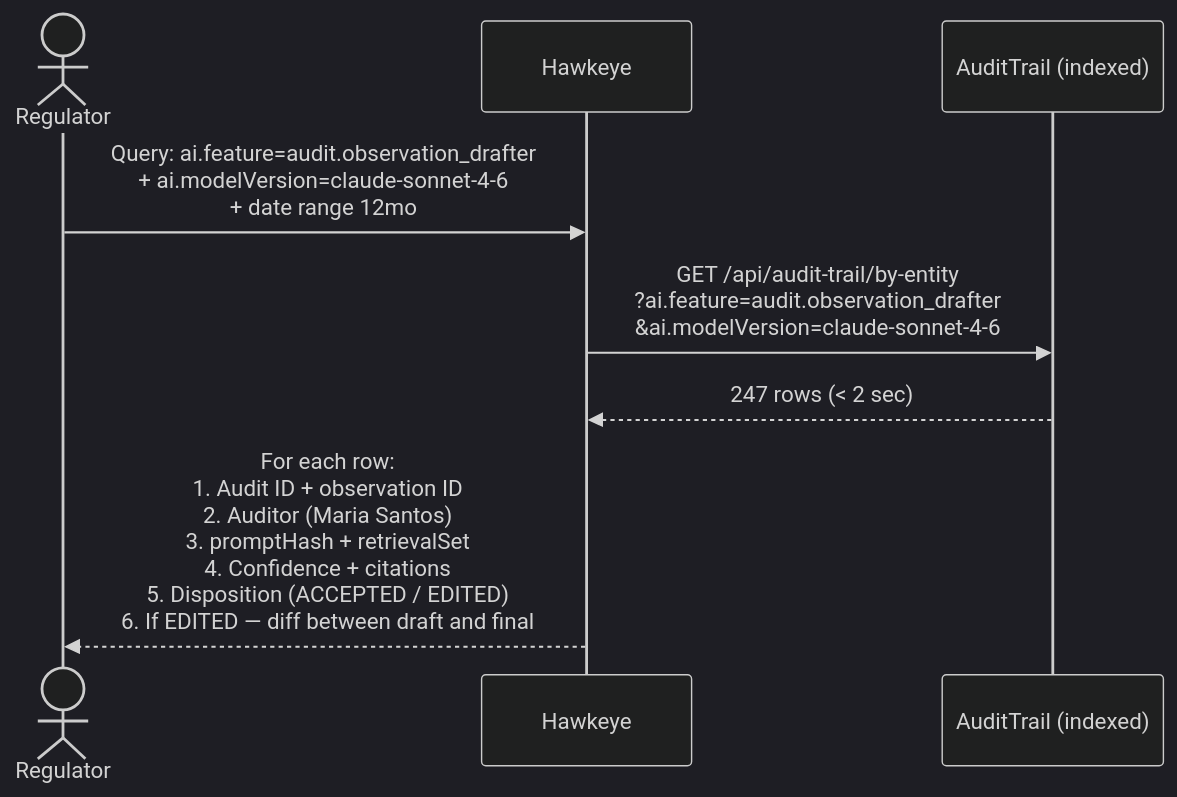
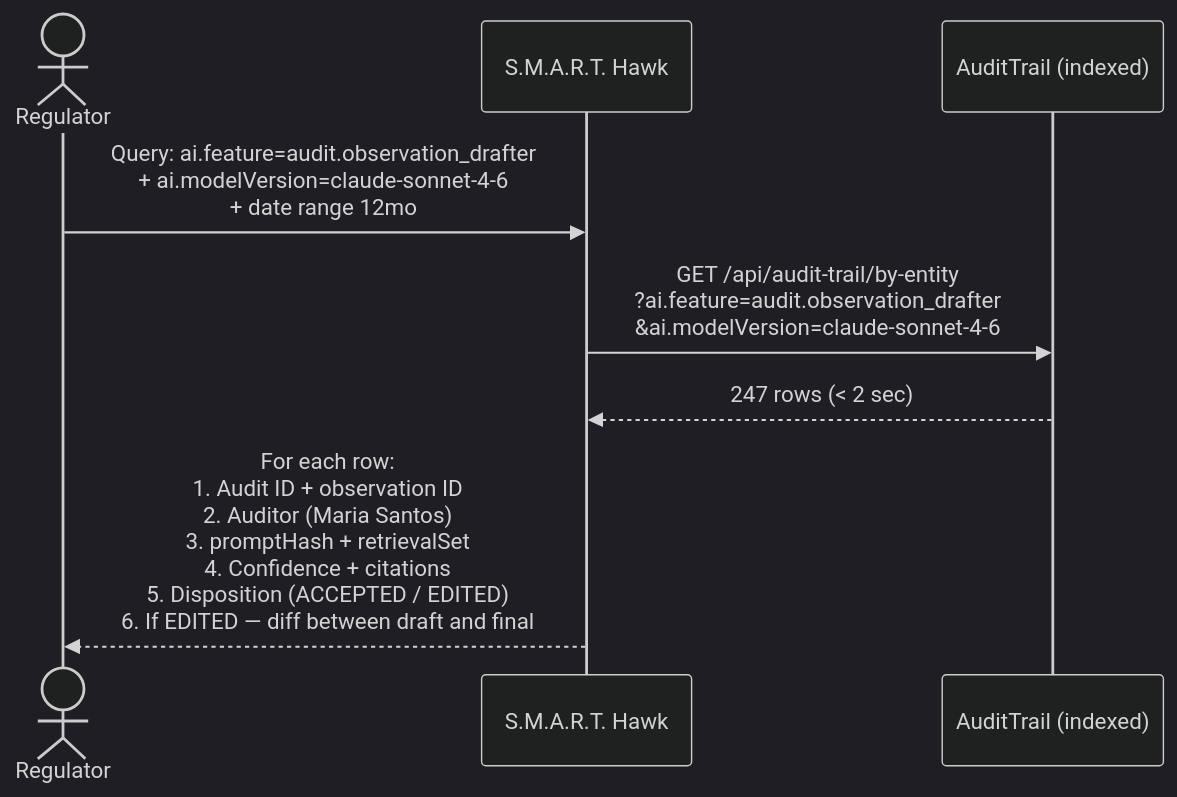
One commit to hawkeyetransact-dotcom/doc_v2 changed the eighth of 9 diagrams in 06-modules/askhawk/STORYBOOK.md. Above: the diagram before and after it, drawn with Mermaid (dark theme). The commit also changed other lines of this file and 105 other files, not shown here.

First line of the commit message:
Rebrand docs: Hawkeye -> S.M.A.R.T. Hawk; S.M.A.R.T. five-pillar pipeline

````diff
--- a/06-modules/askhawk/STORYBOOK.md
+++ b/06-modules/askhawk/STORYBOOK.md
@@ -409,11 +409,11 @@
 ```mermaid
 sequenceDiagram
     actor Regulator
-    participant Hawkeye
+    participant S.M.A.R.T. Hawk
     participant Trail as AuditTrail (indexed)
 
-    Regulator->>Hawkeye: Query: ai.feature=audit.observation_drafter<br/>+ ai.modelVersion=claude-sonnet-4-6<br/>+ date range 12mo
-    Hawkeye->>Trail: GET /api/audit-trail/by-entity<br/>?ai.feature=audit.observation_drafter<br/>&ai.modelVersion=claude-sonnet-4-6
-    Trail-->>Hawkeye: 247 rows (< 2 sec)
-    Hawkeye-->>Regulator: For each row:<br/>1. Audit ID + observation ID<br/>2. Auditor (Maria Santos)<br/>3. promptHash + retrievalSet<br/>4. Confidence + citations<br/>5. Disposition (ACCEPTED / EDITED)<br/>6. If EDITED — diff between draft and final
+    Regulator->>S.M.A.R.T. Hawk: Query: ai.feature=audit.observation_drafter<br/>+ ai.modelVersion=claude-sonnet-4-6<br/>+ date range 12mo
+    S.M.A.R.T. Hawk->>Trail: GET /api/audit-trail/by-entity<br/>?ai.feature=audit.observation_drafter<br/>&ai.modelVersion=claude-sonnet-4-6
+    Trail-->>S.M.A.R.T. Hawk: 247 rows (< 2 sec)
+    S.M.A.R.T. Hawk-->>Regulator: For each row:<br/>1. Audit ID + observation ID<br/>2. Auditor (Maria Santos)<br/>3. promptHash + retrievalSet<br/>4. Confidence + citations<br/>5. Disposition (ACCEPTED / EDITED)<br/>6. If EDITED — diff between draft and final
 ```
````
